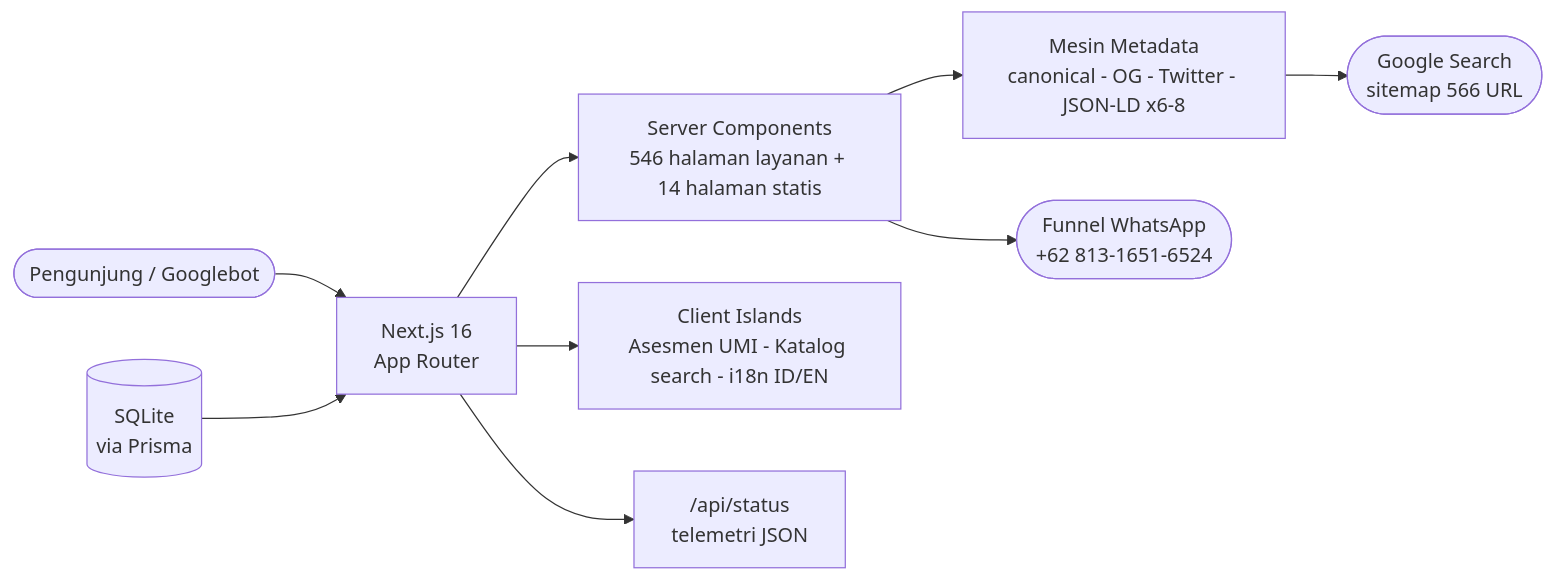
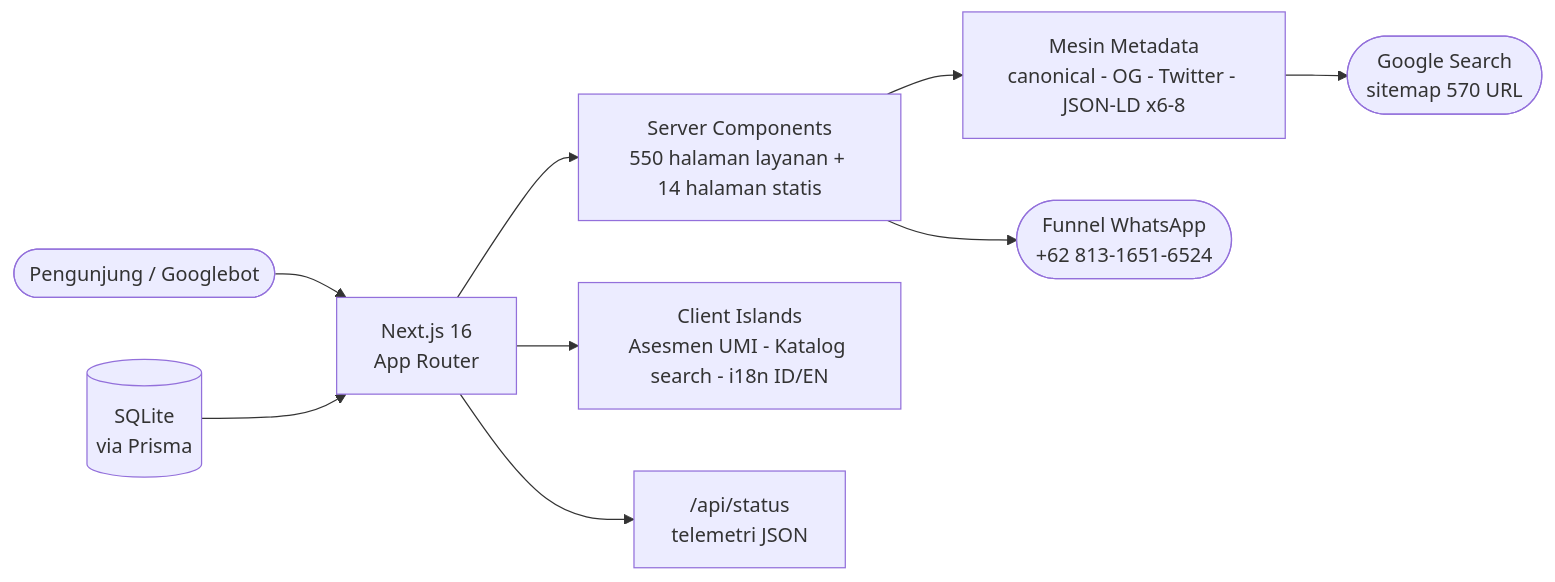
One commit to gunaracorp/gunaraconsultant changed the tenth of 10 diagrams in README.md. Above: the diagram before and after it, drawn with Mermaid. The commit also changed other lines of this file and 15 other files, not shown here.

````diff
--- a/README.md
+++ b/README.md
@@ -588,11 +602,11 @@
 ```mermaid
 flowchart LR
     P(["Pengunjung / Googlebot"]) --> N["Next.js 16<br/>App Router"]
-    N --> S["Server Components<br/>546 halaman layanan + 14 halaman statis"]
+    N --> S["Server Components<br/>550 halaman layanan + 14 halaman statis"]
     N --> C["Client Islands<br/>Asesmen UMI - Katalog search - i18n ID/EN"]
     N --> A["/api/status<br/>telemetri JSON"]
     D[("SQLite<br/>via Prisma")] --> N
     S --> M["Mesin Metadata<br/>canonical - OG - Twitter - JSON-LD x6-8"]
-    M --> G(["Google Search<br/>sitemap 566 URL"])
+    M --> G(["Google Search<br/>sitemap 570 URL"])
     S --> W(["Funnel WhatsApp<br/>+62 813-1651-6524"])
 ```
````
